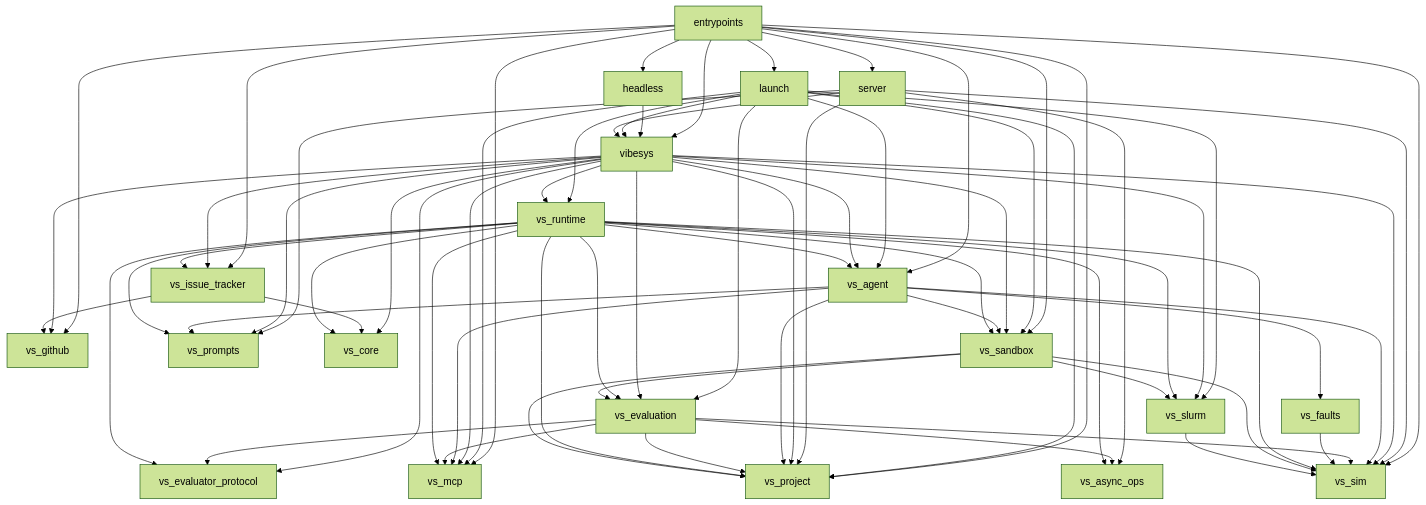
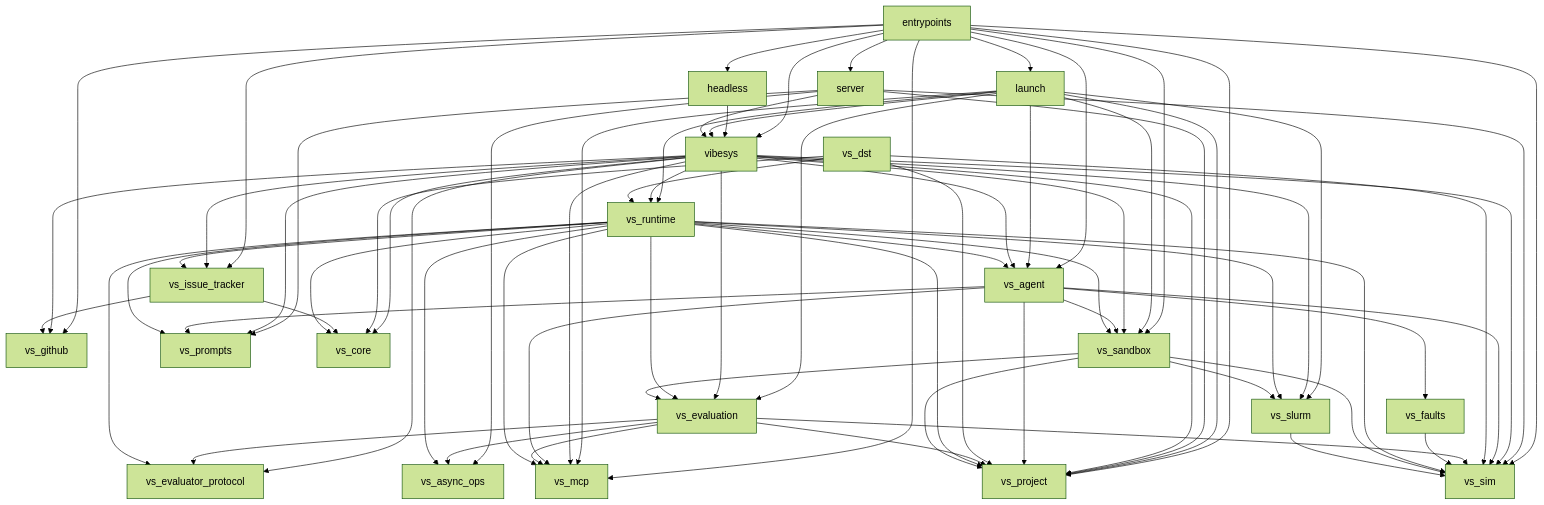
One commit to 6Mikao9/vibesys changed the diagram in docs/contributing/architecture.md. Above: the diagram before and after it, drawn with Mermaid (forest theme). The commit also changed 35 other files, not shown here.

````diff
--- a/docs/contributing/architecture.md
+++ b/docs/contributing/architecture.md
@@ -107,72 +107,76 @@
 ```mermaid
 graph TD
     entrypoints --> headless
     entrypoints --> launch
     entrypoints --> server
     entrypoints --> vibesys
     entrypoints --> vs_agent
     entrypoints --> vs_github
     entrypoints --> vs_issue_tracker
     entrypoints --> vs_mcp
     entrypoints --> vs_project
     entrypoints --> vs_sandbox
     entrypoints --> vs_sim
     headless --> vibesys
     launch --> vibesys
     launch --> vs_agent
     launch --> vs_evaluation
     launch --> vs_mcp
     launch --> vs_project
     launch --> vs_runtime
     launch --> vs_sandbox
     launch --> vs_slurm
     server --> vibesys
     server --> vs_async_ops
     server --> vs_project
     server --> vs_prompts
     server --> vs_sim
     vibesys --> vs_agent
     vibesys --> vs_core
     vibesys --> vs_evaluation
     vibesys --> vs_evaluator_protocol
     vibesys --> vs_github
     vibesys --> vs_issue_tracker
     vibesys --> vs_mcp
     vibesys --> vs_project
     vibesys --> vs_prompts
     vibesys --> vs_runtime
     vibesys --> vs_sandbox
     vibesys --> vs_sim
     vibesys --> vs_slurm
     vs_agent --> vs_faults
     vs_agent --> vs_mcp
     vs_agent --> vs_project
     vs_agent --> vs_prompts
     vs_agent --> vs_sandbox
     vs_agent --> vs_sim
+    vs_dst --> vs_core
+    vs_dst --> vs_project
+    vs_dst --> vs_runtime
+    vs_dst --> vs_sim
     vs_evaluation --> vs_async_ops
     vs_evaluation --> vs_evaluator_protocol
     vs_evaluation --> vs_mcp
     vs_evaluation --> vs_project
     vs_evaluation --> vs_sim
     vs_faults --> vs_sim
     vs_issue_tracker --> vs_core
     vs_issue_tracker --> vs_github
     vs_runtime --> vs_agent
     vs_runtime --> vs_async_ops
     vs_runtime --> vs_core
     vs_runtime --> vs_evaluation
     vs_runtime --> vs_evaluator_protocol
     vs_runtime --> vs_issue_tracker
     vs_runtime --> vs_mcp
     vs_runtime --> vs_project
     vs_runtime --> vs_prompts
     vs_runtime --> vs_sandbox
     vs_runtime --> vs_sim
     vs_runtime --> vs_slurm
     vs_sandbox --> vs_evaluation
     vs_sandbox --> vs_project
     vs_sandbox --> vs_sim
     vs_sandbox --> vs_slurm
     vs_slurm --> vs_sim
 ```
````
